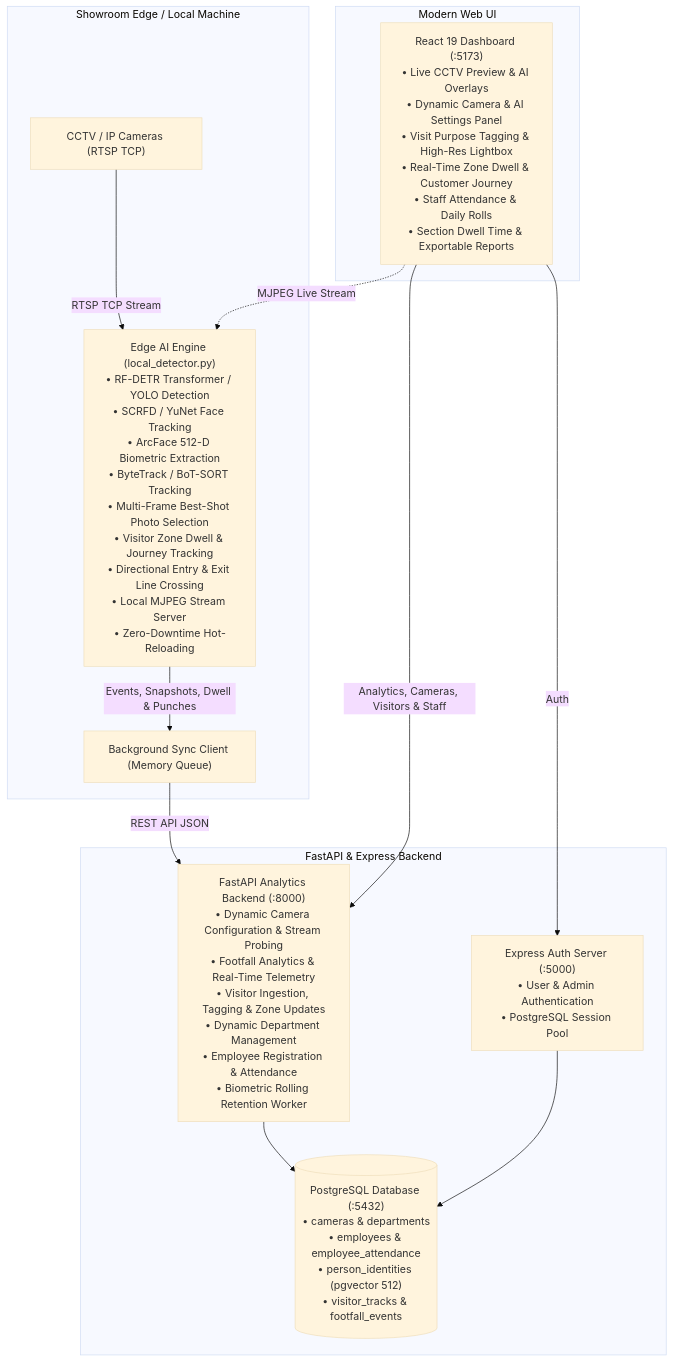
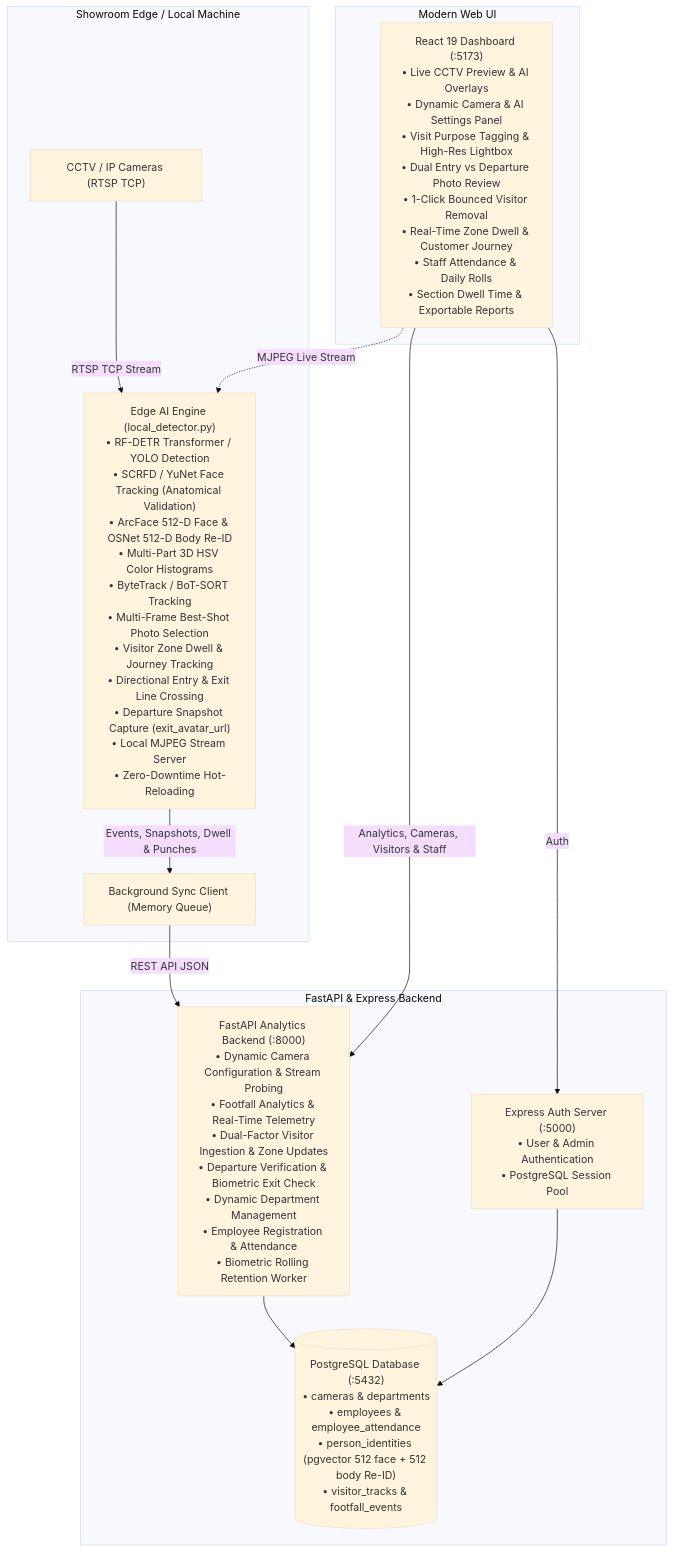
The first of 3 diagrams in README.md (sujitctpl/jms-tech), drawn with Mermaid (base theme) before and after one commit. The commit also changed other lines of this file and 82 other files, not shown here.

Commit message:
implemented and tested model for entry-exit

````diff
--- a/README.md
+++ b/README.md
@@ -11,27 +11,27 @@
 ```mermaid
 graph TD
     subgraph Edge Layer [Showroom Edge / Local Machine]
         CCTV["CCTV / IP Cameras (RTSP TCP)"]
-        Detector["Edge AI Engine (local_detector.py)\n• RF-DETR Transformer / YOLO Detection\n• SCRFD / YuNet Face Tracking\n• ArcFace 512-D Biometric Extraction\n• ByteTrack / BoT-SORT Tracking\n• Multi-Frame Best-Shot Photo Selection\n• Visitor Zone Dwell & Journey Tracking\n• Directional Entry & Exit Line Crossing\n• Local MJPEG Stream Server\n• Zero-Downtime Hot-Reloading"]
+        Detector["Edge AI Engine (local_detector.py)\n• RF-DETR Transformer / YOLO Detection\n• SCRFD / YuNet Face Tracking (Anatomical Validation)\n• ArcFace 512-D Face & OSNet 512-D Body Re-ID\n• Multi-Part 3D HSV Color Histograms\n• ByteTrack / BoT-SORT Tracking\n• Multi-Frame Best-Shot Photo Selection\n• Visitor Zone Dwell & Journey Tracking\n• Directional Entry & Exit Line Crossing\n• Departure Snapshot Capture (exit_avatar_url)\n• Local MJPEG Stream Server\n• Zero-Downtime Hot-Reloading"]
         SyncQueue["Background Sync Client (Memory Queue)"]
     end
 
     subgraph Backend Layer [FastAPI & Express Backend]
-        API["FastAPI Analytics Backend (:8000)\n• Dynamic Camera Configuration & Stream Probing\n• Footfall Analytics & Real-Time Telemetry\n• Visitor Ingestion, Tagging & Zone Updates\n• Dynamic Department Management\n• Employee Registration & Attendance\n• Biometric Rolling Retention Worker"]
+        API["FastAPI Analytics Backend (:8000)\n• Dynamic Camera Configuration & Stream Probing\n• Footfall Analytics & Real-Time Telemetry\n• Dual-Factor Visitor Ingestion & Zone Updates\n• Departure Verification & Biometric Exit Check\n• Dynamic Department Management\n• Employee Registration & Attendance\n• Biometric Rolling Retention Worker"]
         AuthSrv["Express Auth Server (:5000)\n• User & Admin Authentication\n• PostgreSQL Session Pool"]
-        DB[("PostgreSQL Database (:5432)\n• cameras & departments\n• employees & employee_attendance\n• person_identities (pgvector 512)\n• visitor_tracks & footfall_events")]
+        DB[("PostgreSQL Database (:5432)\n• cameras & departments\n• employees & employee_attendance\n• person_identities (pgvector 512 face + 512 body Re-ID)\n• visitor_tracks & footfall_events")]
     end
 
     subgraph Client Layer [Modern Web UI]
-        Dashboard["React 19 Dashboard (:5173)\n• Live CCTV Preview & AI Overlays\n• Dynamic Camera & AI Settings Panel\n• Visit Purpose Tagging & High-Res Lightbox\n• Real-Time Zone Dwell & Customer Journey\n• Staff Attendance & Daily Rolls\n• Section Dwell Time & Exportable Reports"]
+        Dashboard["React 19 Dashboard (:5173)\n• Live CCTV Preview & AI Overlays\n• Dynamic Camera & AI Settings Panel\n• Visit Purpose Tagging & High-Res Lightbox\n• Dual Entry vs Departure Photo Review\n• 1-Click Bounced Visitor Removal\n• Real-Time Zone Dwell & Customer Journey\n• Staff Attendance & Daily Rolls\n• Section Dwell Time & Exportable Reports"]
     end
 
     CCTV -->|RTSP TCP Stream| Detector
     Detector -->|Events, Snapshots, Dwell & Punches| SyncQueue
     SyncQueue -->|REST API JSON| API
     API --> DB
     AuthSrv --> DB
     Dashboard -->|Analytics, Cameras, Visitors & Staff| API
     Dashboard -->|Auth| AuthSrv
     Dashboard -.->|MJPEG Live Stream| Detector
 ```
````
